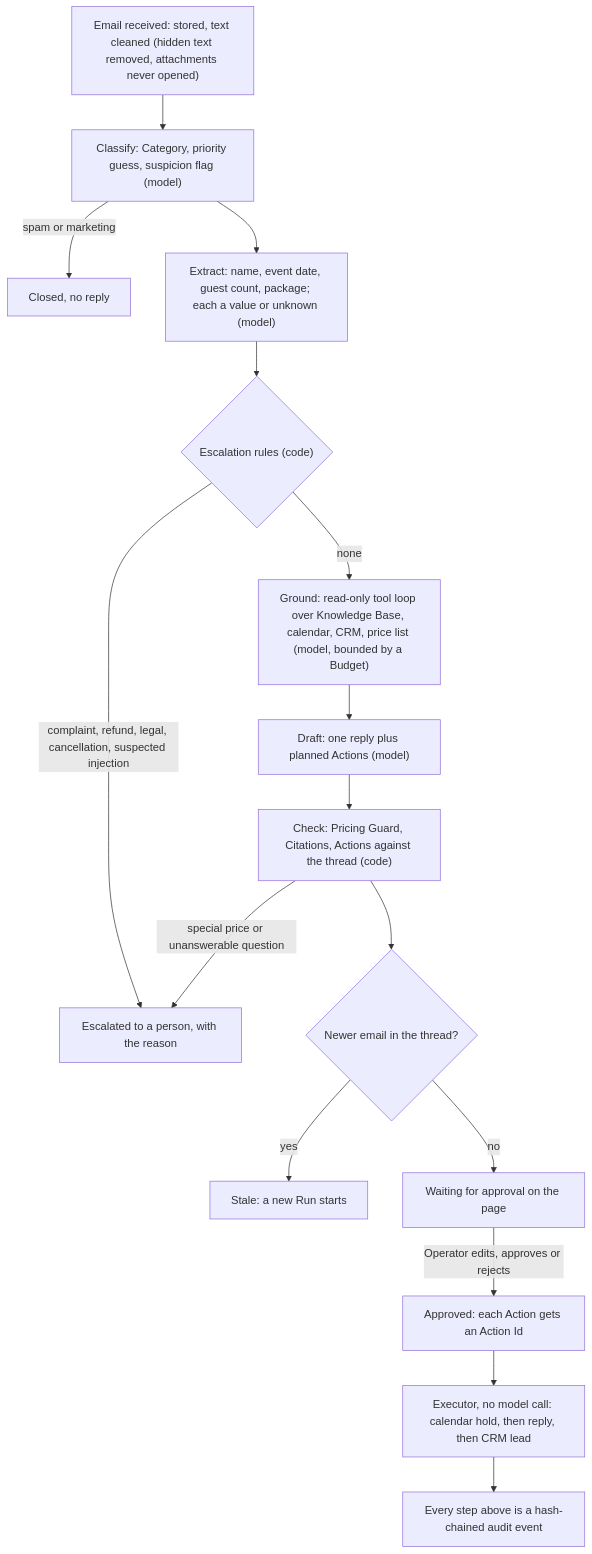
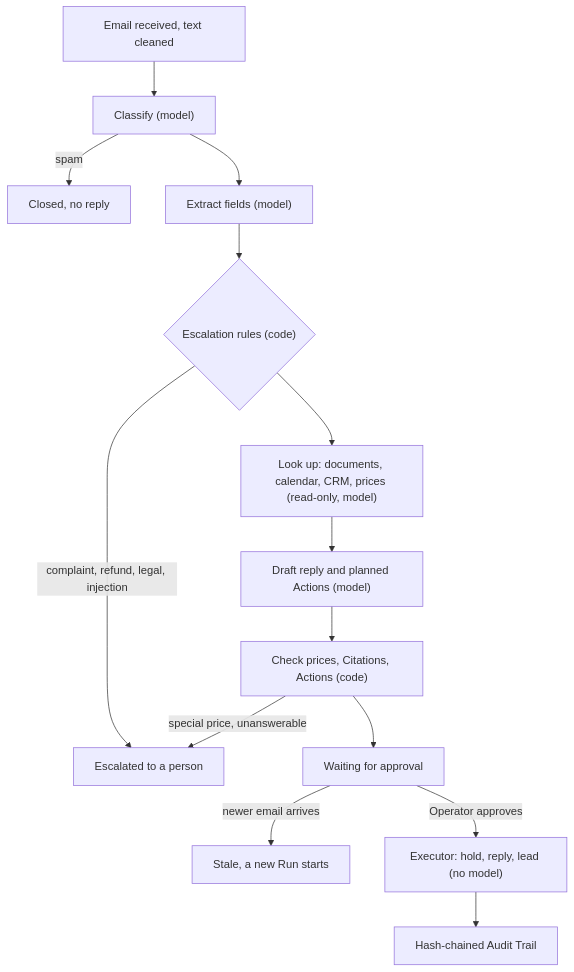
The second of 3 diagrams in README.md (TayebKahia/mailroom-showcase), drawn with Mermaid before and after one commit.

Commit message:
Add shorter labels to the pipeline diagram, so it reads at a glance instead of as a tall column

````diff
--- a/README.md
+++ b/README.md
@@ -104,18 +104,16 @@
 ```mermaid
 flowchart TD
-    R["Email received: stored, text cleaned (hidden text removed, attachments never opened)"] --> C["Classify: Category, priority guess, suspicion flag (model)"]
-    C -->|"spam or marketing"| CL["Closed, no reply"]
-    C --> E["Extract: name, event date, guest count, package; each a value or unknown (model)"]
+    R["Email received, text cleaned"] --> C["Classify (model)"]
+    C -->|"spam"| CL["Closed, no reply"]
+    C --> E["Extract fields (model)"]
     E --> P{"Escalation rules (code)"}
-    P -->|"complaint, refund, legal, cancellation, suspected injection"| ESC["Escalated to a person, with the reason"]
-    P -->|"none"| G["Ground: read-only tool loop over Knowledge Base, calendar, CRM, price list (model, bounded by a Budget)"]
-    G --> D["Draft: one reply plus planned Actions (model)"]
-    D --> K["Check: Pricing Guard, Citations, Actions against the thread (code)"]
-    K -->|"special price or unanswerable question"| ESC
-    K --> S{"Newer email in the thread?"}
-    S -->|"yes"| ST["Stale: a new Run starts"]
-    S -->|"no"| PR["Waiting for approval on the page"]
-    PR -->|"Operator edits, approves or rejects"| AP["Approved: each Action gets an Action Id"]
-    AP --> X["Executor, no model call: calendar hold, then reply, then CRM lead"]
-    X --> AU["Every step above is a hash-chained audit event"]
+    P -->|"complaint, refund, legal, injection"| ESC["Escalated to a person"]
+    P --> G["Look up: documents, calendar, CRM, prices (read-only, model)"]
+    G --> D["Draft reply and planned Actions (model)"]
+    D --> K["Check prices, Citations, Actions (code)"]
+    K -->|"special price, unanswerable"| ESC
+    K --> PR["Waiting for approval"]
+    PR -->|"newer email arrives"| ST["Stale, a new Run starts"]
+    PR -->|"Operator approves"| X["Executor: hold, reply, lead (no model)"]
+    X --> AU["Hash-chained Audit Trail"]
 ```
````
